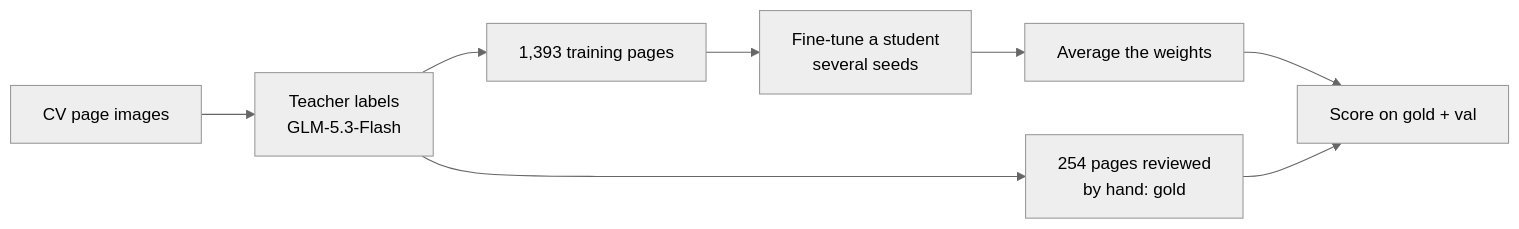
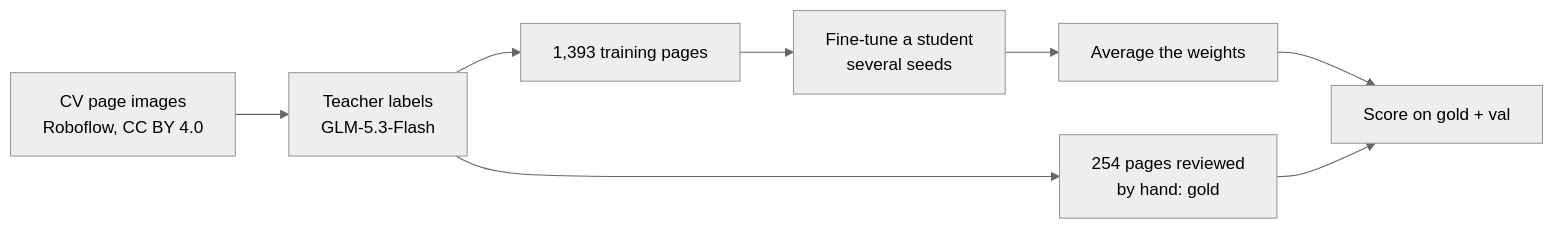
One commit to iamkucuk/tiny-resume-parser changed the diagram in README.md. Above: the diagram before and after it, drawn with Mermaid (neutral theme). The commit also changed other lines of this file and 3 other files, not shown here.

````diff
--- a/README.md
+++ b/README.md
@@ -64,10 +64,10 @@
 ```mermaid
 flowchart LR
-    A[CV page images] --> B[Teacher labels<br/>GLM-5.3-Flash]
+    A[CV page images<br/>Roboflow, CC BY 4.0] --> B[Teacher labels<br/>GLM-5.3-Flash]
     B --> C[254 pages reviewed<br/>by hand: gold]
     B --> D[1,393 training pages]
     D --> E[Fine-tune a student<br/>several seeds]
     E --> F[Average the weights]
     F --> G[Score on gold + val]
     C --> G
 ```
````
